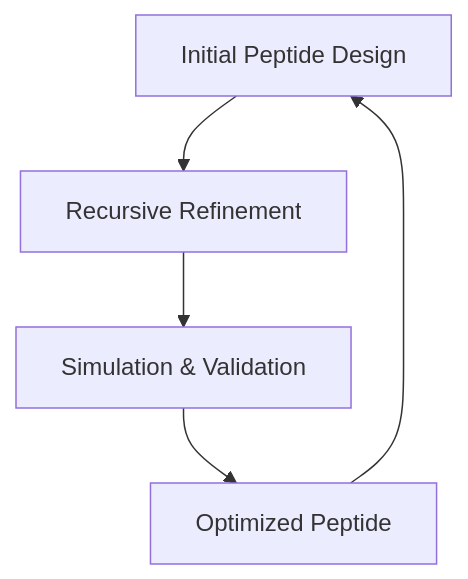
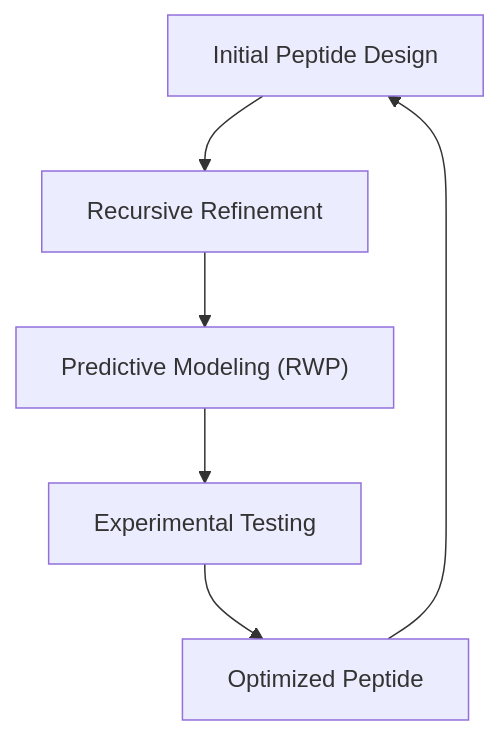
Before and after one commit to QuHarmonics/The-PSREQ-Pathway-A-Molecular-Framework-for-Viral-Neutralization-and-Therapeutic-Adaptation: the first of 4 diagrams in readme.md, drawn with Mermaid. The commit also changed other lines of this file, not shown here.

````diff
--- a/readme.md
+++ b/readme.md
@@ -89,8 +114,9 @@
 ```mermaid
+
 graph TD
     Input["Initial Peptide Design"] --> Refinement["Recursive Refinement"]
-    Refinement --> Testing["Simulation & Validation"]
-    Testing --> Output["Optimized Peptide"]
+    Refinement --> Simulation["Predictive Modeling (RWP)"]
+    Simulation --> Validation["Experimental Testing"]
+    Validation --> Output["Optimized Peptide"]
     Output --> Input
-
 ```
````
